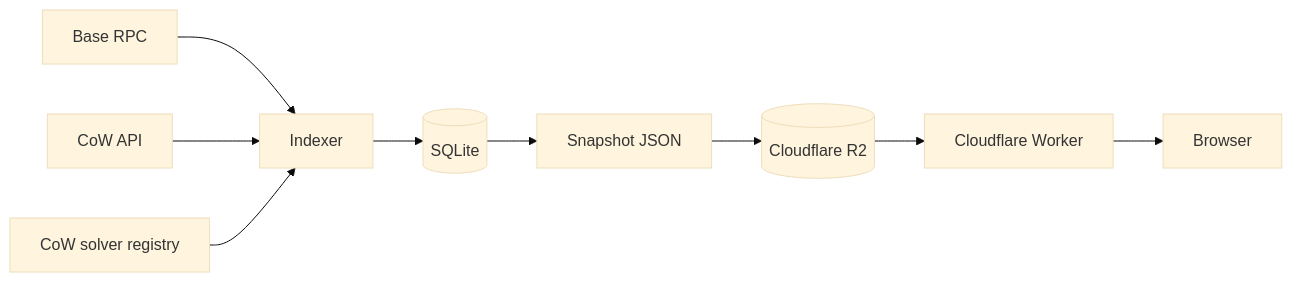
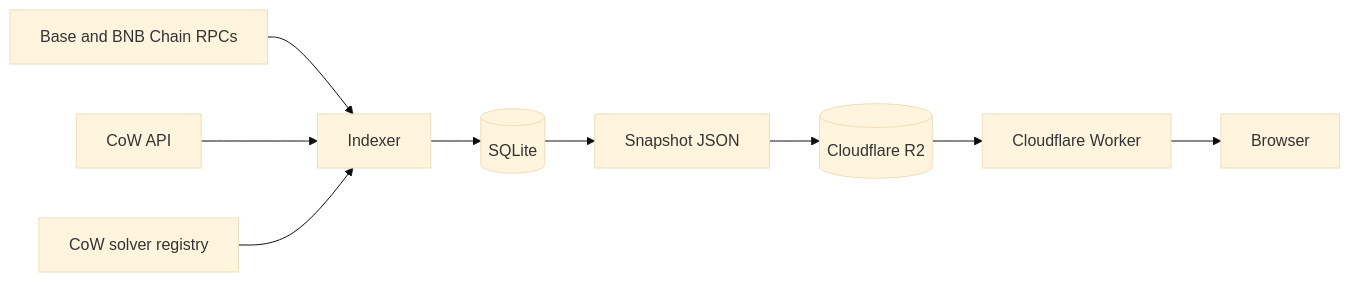
Before and after one commit to Fibrous-Finance/fiberscope: the diagram in README.md, drawn with Mermaid (base theme). The commit also changed other lines of this file and 2 other files, not shown here.

First line of the commit message:
feat(web): list BNB Chain in every menu and the sitemap

````diff
--- a/README.md
+++ b/README.md
@@ -59,11 +59,11 @@
 ```mermaid
 flowchart LR
-    rpc["Base RPC"] --> indexer["Indexer"]
+    rpc["Base and BNB Chain RPCs"] --> indexer["Indexer"]
     cow["CoW API"] --> indexer
     registry["CoW solver registry"] --> indexer
     indexer --> db[("SQLite")]
     db --> snapshot["Snapshot JSON"]
     snapshot --> r2[("Cloudflare R2")]
     r2 --> worker["Cloudflare Worker"]
     worker --> browser["Browser"]
 ```
````
